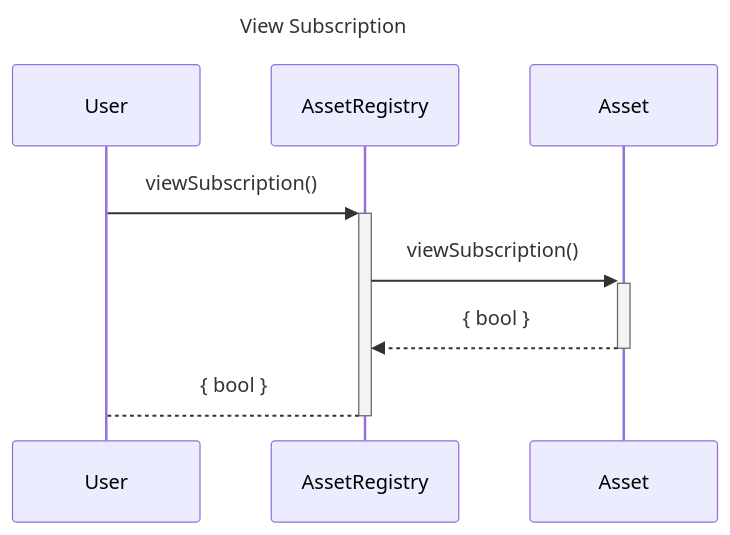
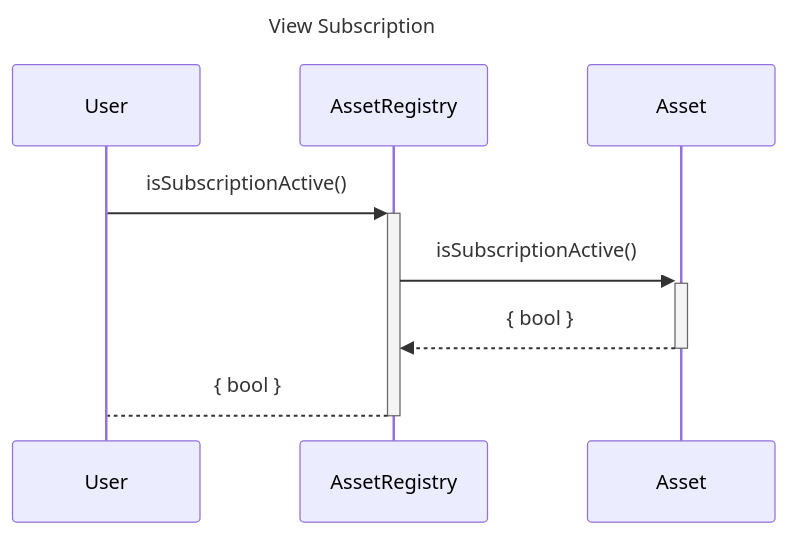
One commit to alexandreext-lab/open-creator-rails changed the third of 5 diagrams in docs/mvp-design-and-architecture.md. Above: the diagram before and after it, drawn with Mermaid. The commit also changed other lines of this file and 7 other files, not shown here.

First line of the commit message:
viewSubscription → isSubscriptionActive, SafeERC20, zero fee share fix, tests (#45)

````diff
--- a/docs/mvp-design-and-architecture.md
+++ b/docs/mvp-design-and-architecture.md
@@ -40,12 +40,12 @@
 ```mermaid
 sequenceDiagram
 title View Subscription
     participant User
     participant AssetRegistry
     participant Asset
 
-User->>+AssetRegistry: viewSubscription()
-AssetRegistry->>+Asset: viewSubscription()
+User->>+AssetRegistry: isSubscriptionActive()
+AssetRegistry->>+Asset: isSubscriptionActive()
 Asset-->>-AssetRegistry: { bool }
 AssetRegistry-->-User: { bool }
 ```
````
